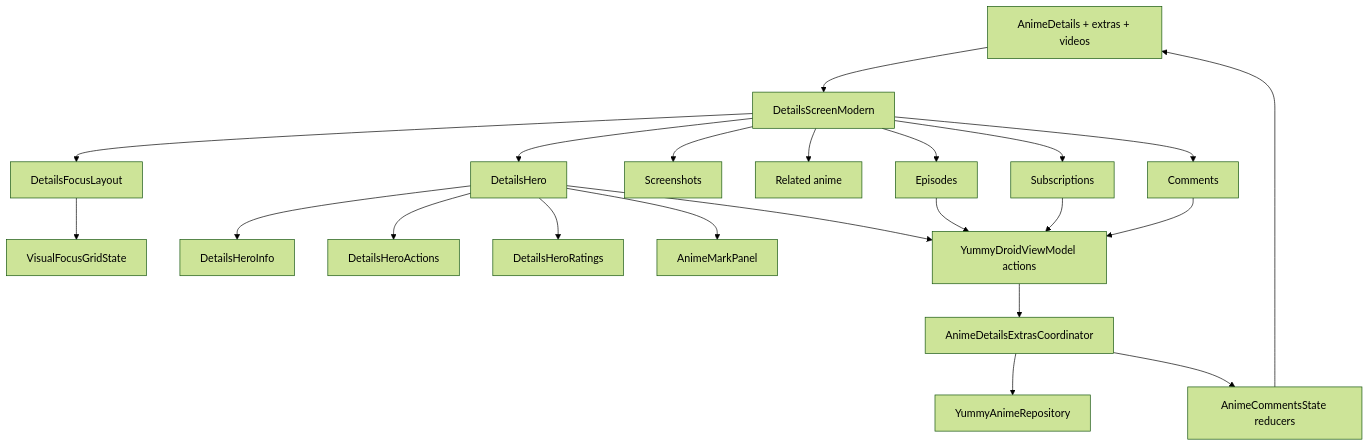
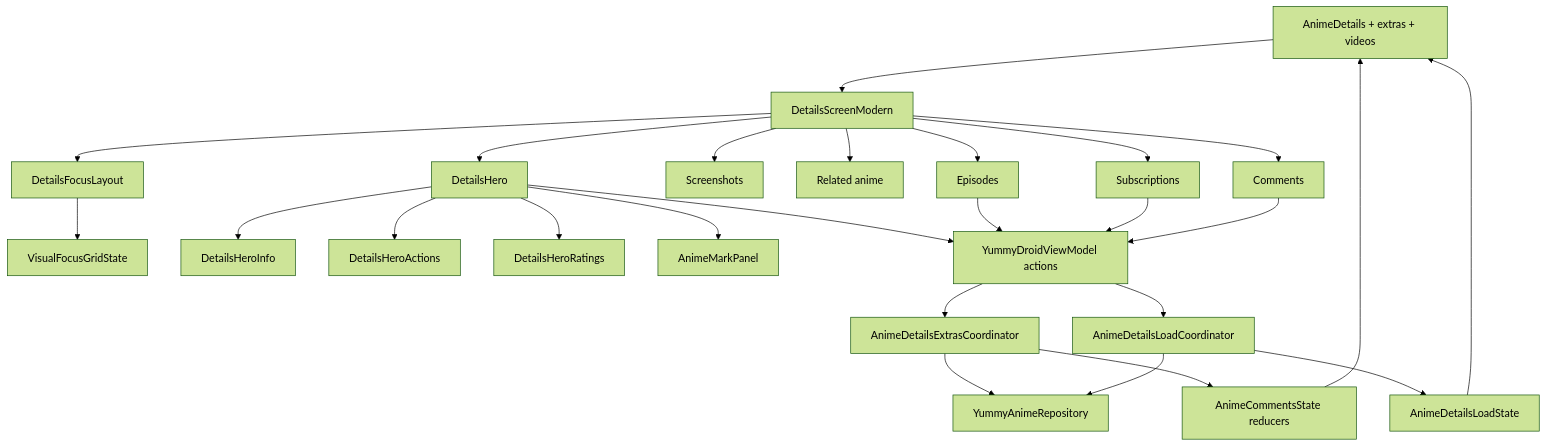
Before and after one commit to saltek1995/YummyDroid: the sixth of 11 diagrams in docs/refactor-logic-map.md, drawn with Mermaid (forest theme). The commit also changed other lines of this file and 5 other files, not shown here.

Commit message:
Extract anime details loading

````diff
--- a/docs/refactor-logic-map.md
+++ b/docs/refactor-logic-map.md
@@ -237,43 +237,49 @@
 ```mermaid
 flowchart TD
     DetailsState[AnimeDetails + extras + videos]
     DetailsScreen[DetailsScreenModern]
     FocusLayout[DetailsFocusLayout]
     VisualNav[VisualFocusGridState]
     Hero[DetailsHero]
     HeroInfo[DetailsHeroInfo]
     HeroActions[DetailsHeroActions]
     HeroRatings[DetailsHeroRatings]
     MarkPanel[AnimeMarkPanel]
     Screenshots[Screenshots]
     Related[Related anime]
     Episodes[Episodes]
     Subscriptions[Subscriptions]
     Comments[Comments]
     VM[YummyDroidViewModel actions]
     ExtrasCoordinator[AnimeDetailsExtrasCoordinator]
     CommentsState[AnimeCommentsState reducers]
+    DetailsLoader[AnimeDetailsLoadCoordinator]
+    DetailsLoadState[AnimeDetailsLoadState]
     Repo[YummyAnimeRepository]
 
     DetailsState --> DetailsScreen
     DetailsScreen --> FocusLayout
     FocusLayout --> VisualNav
     DetailsScreen --> Hero
     Hero --> HeroInfo
     Hero --> HeroActions
     Hero --> HeroRatings
     Hero --> MarkPanel
     DetailsScreen --> Screenshots
     DetailsScreen --> Related
     DetailsScreen --> Episodes
     DetailsScreen --> Subscriptions
     DetailsScreen --> Comments
     Hero --> VM
     Episodes --> VM
     Subscriptions --> VM
     Comments --> VM
     VM --> ExtrasCoordinator
     ExtrasCoordinator --> Repo
     ExtrasCoordinator --> CommentsState
     CommentsState --> DetailsState
+    VM --> DetailsLoader
+    DetailsLoader --> Repo
+    DetailsLoader --> DetailsLoadState
+    DetailsLoadState --> DetailsState
 ```
````
